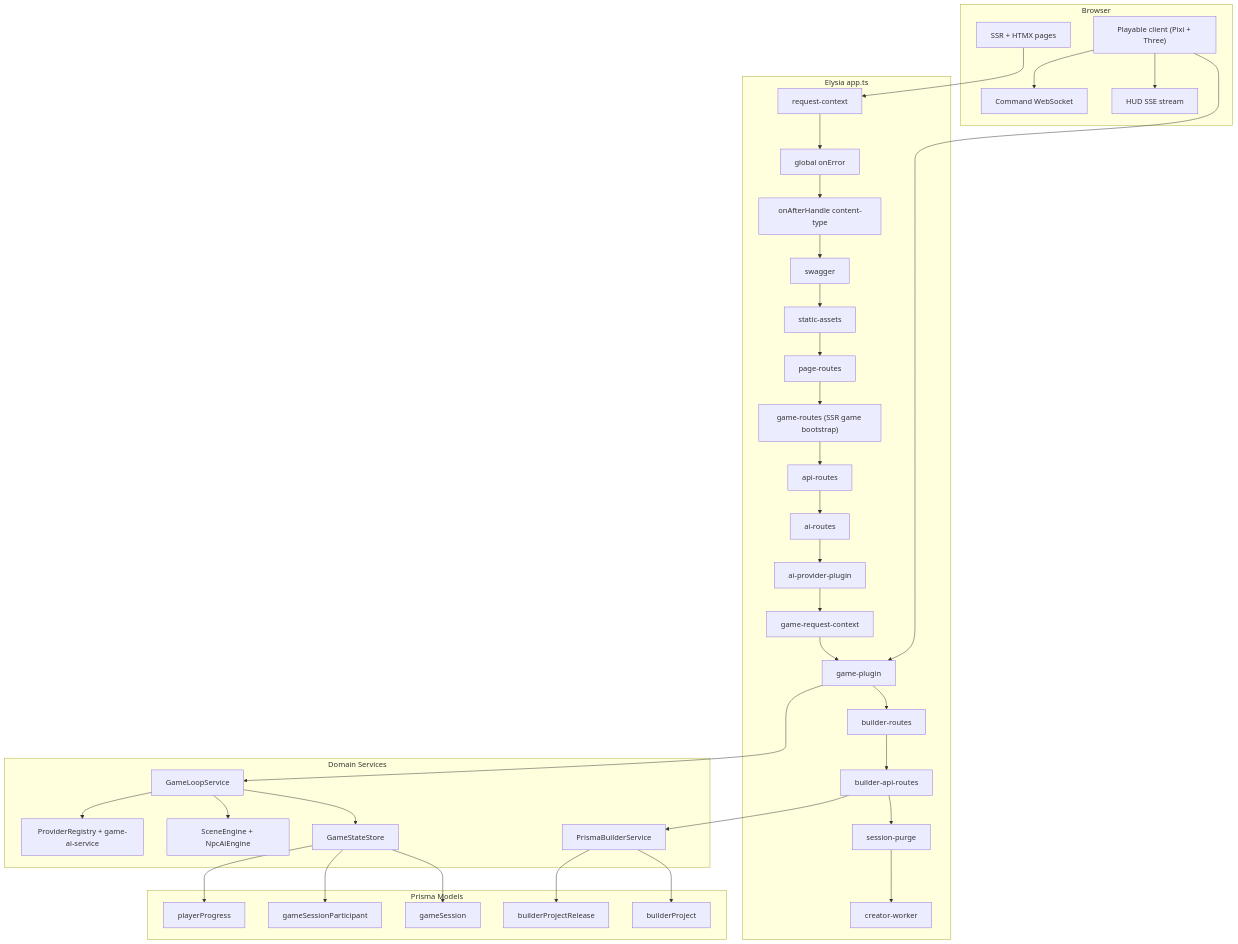
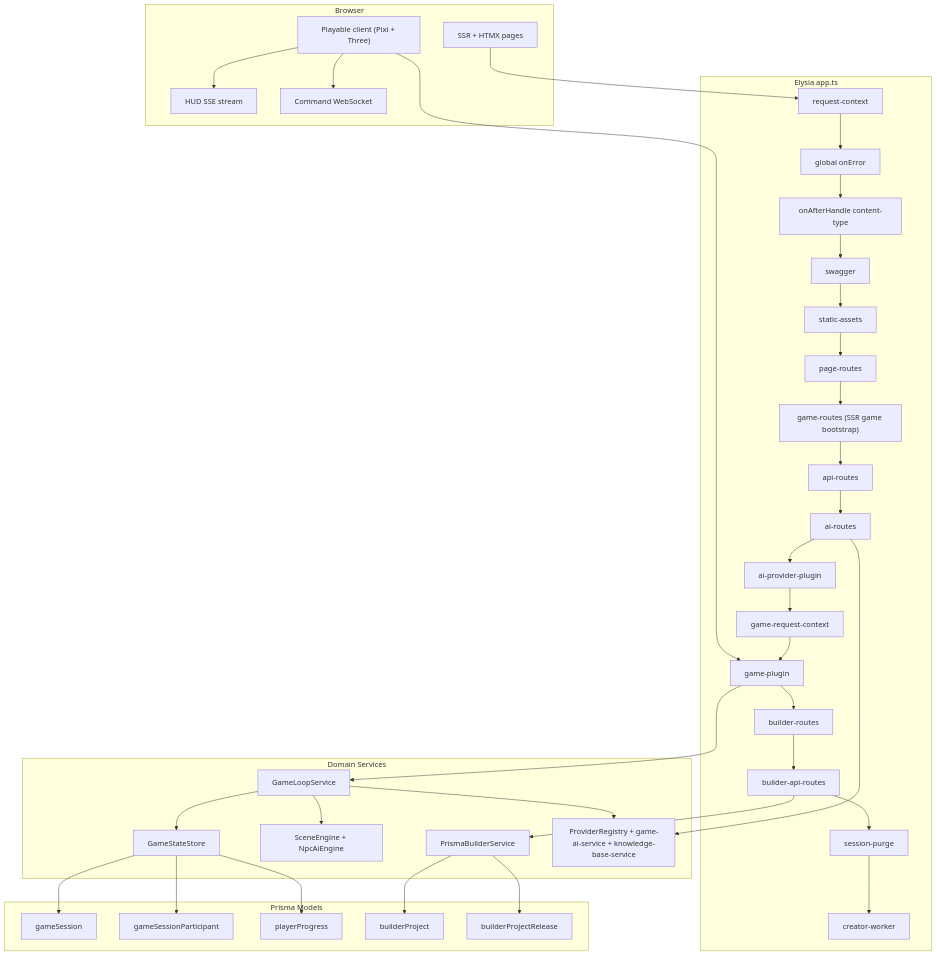
One commit to d4551/tea changed the first of 5 diagrams in ARCHITECTURE.md. Above: the diagram before and after it, drawn with Mermaid. The commit also changed other lines of this file and 54 other files, not shown here.

````diff
--- a/ARCHITECTURE.md
+++ b/ARCHITECTURE.md
@@ -5,57 +5,58 @@
 ```mermaid
 graph TB
   subgraph Browser["Browser"]
     HOME["SSR + HTMX pages"]
     GAME["Playable client (Pixi + Three)"]
     SSE["HUD SSE stream"]
     WS["Command WebSocket"]
   end
 
   subgraph App["Elysia app.ts"]
     RC["request-context"]
     EH["global onError"]
     CT["onAfterHandle content-type"]
     SW["swagger"]
     SA["static-assets"]
     PR["page-routes"]
     GR["game-routes (SSR game bootstrap)"]
     AR["api-routes"]
     AIR["ai-routes"]
     AIP["ai-provider-plugin"]
     GRC["game-request-context"]
     GP["game-plugin"]
     BR["builder-routes"]
     BA["builder-api-routes"]
     SP["session-purge"]
     CW["creator-worker"]
   end
 
   subgraph Domain["Domain Services"]
     LOOP["GameLoopService"]
     STORE["GameStateStore"]
     SCENE["SceneEngine + NpcAiEngine"]
     BUILDER["PrismaBuilderService"]
-    AI["ProviderRegistry + game-ai-service"]
+    AI["ProviderRegistry + game-ai-service + knowledge-base-service"]
   end
 
   subgraph Data["Prisma Models"]
     GS["gameSession"]
     GSP["gameSessionParticipant"]
     PP["playerProgress"]
     BP["builderProject"]
     BPR["builderProjectRelease"]
   end
 
   HOME --> RC
   GAME --> GP
   GAME --> SSE
   GAME --> WS
   RC --> EH --> CT --> SW --> SA --> PR --> GR --> AR --> AIR --> AIP --> GRC --> GP --> BR --> BA --> SP --> CW
   GP --> LOOP --> STORE --> GS
   STORE --> GSP
   LOOP --> SCENE
   LOOP --> AI
   STORE --> PP
   BA --> BUILDER --> BP
   BUILDER --> BPR
+  AIR --> AI
 ```
````
